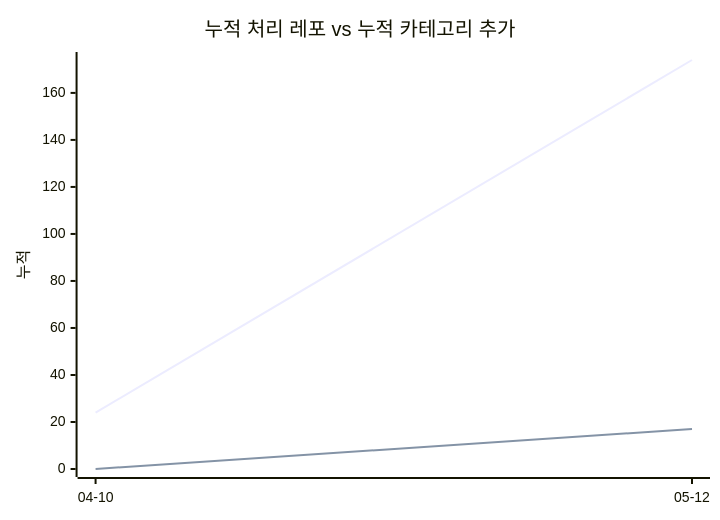
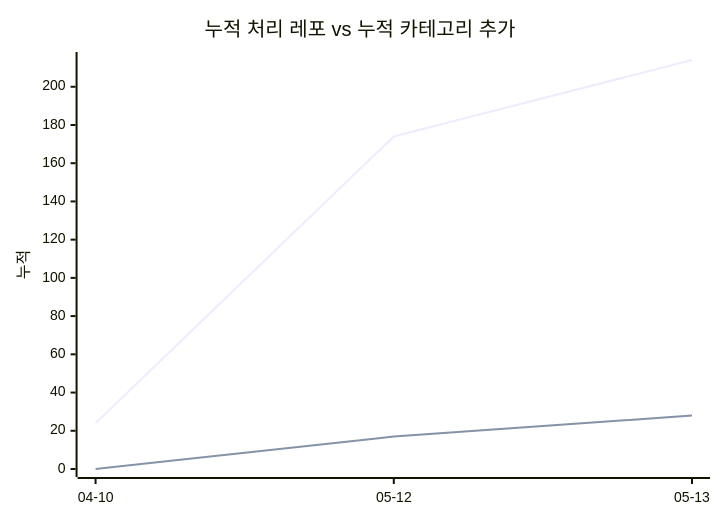
One commit to J-nowcow/awesome-korean-agent-skills changed the second of 2 diagrams in docs/trends.md. Above: the diagram before and after it, drawn with Mermaid. The commit also changed other lines of this file and 10 other files, not shown here.

````diff
--- a/docs/trends.md
+++ b/docs/trends.md
@@ -56,8 +57,8 @@
 ```mermaid
 xychart-beta
     title "누적 처리 레포 vs 누적 카테고리 추가"
-    x-axis ["04-10","05-12"]
+    x-axis ["04-10","05-12","05-13"]
     y-axis "누적"
-    line [24,174]
-    line [0,17]
+    line [24,174,214]
+    line [0,17,28]
 ```
````
